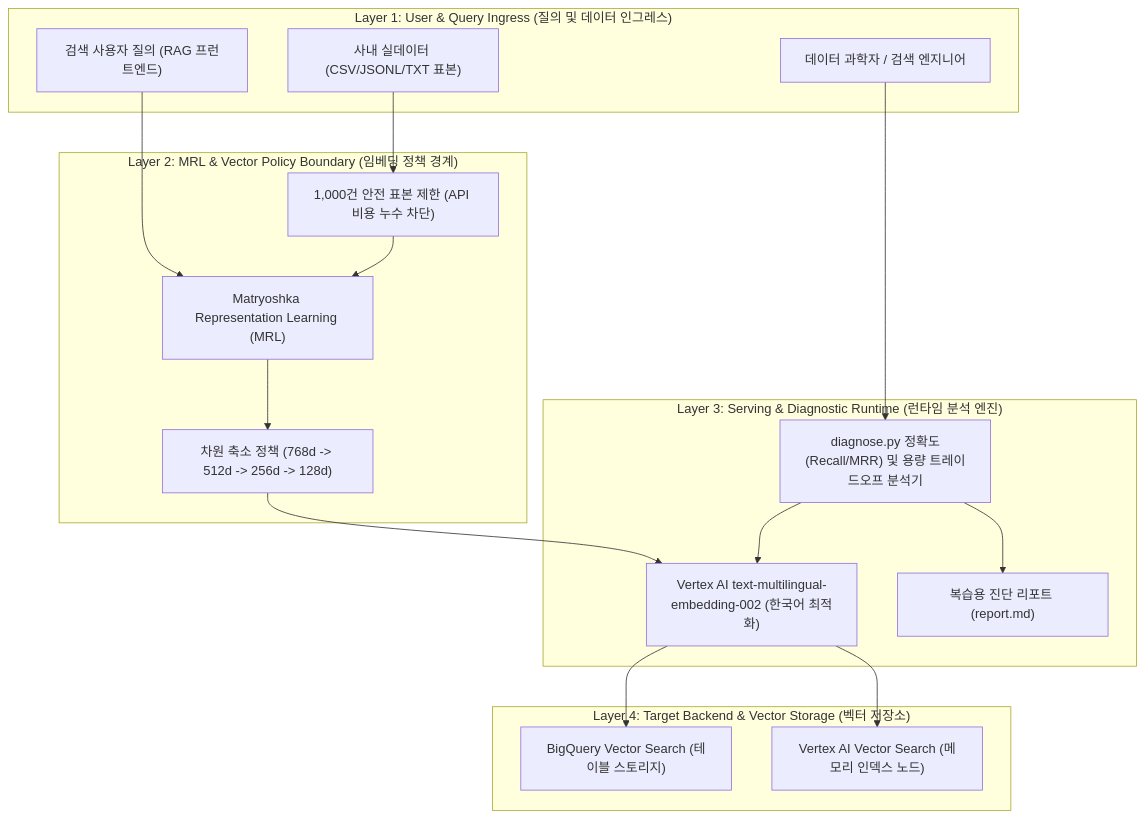
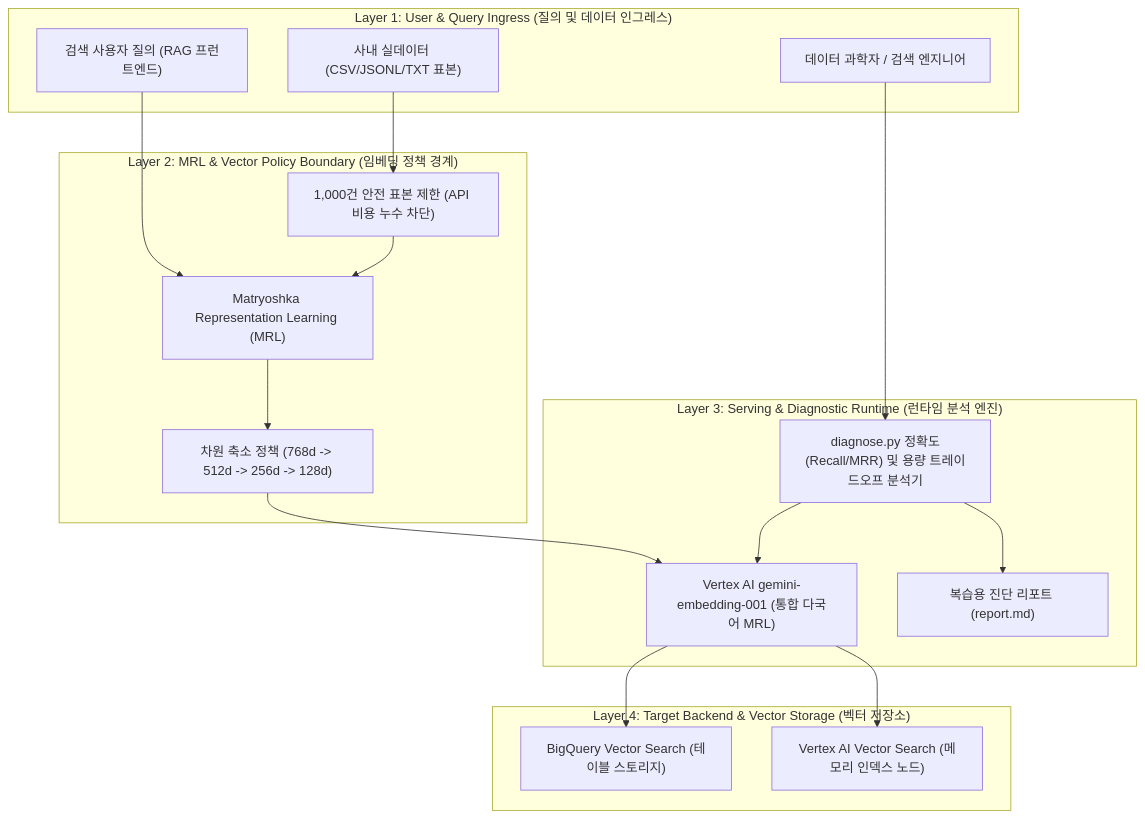
Before and after one commit to jiangjun-forge/google-cloud-0-to-1: the diagram in samples/embedding-dimension-tradeoff-analyzer/README.md, drawn with Mermaid. The commit also changed other lines of this file and 38 other files, not shown here.

````diff
--- a/samples/embedding-dimension-tradeoff-analyzer/README.md
+++ b/samples/embedding-dimension-tradeoff-analyzer/README.md
@@ -97,36 +97,36 @@
 ```mermaid
 flowchart TB
     subgraph Layer1["Layer 1: User & Query Ingress (질의 및 데이터 인그레스)"]
         UserQuery["검색 사용자 질의 (RAG 프런트엔드)"]
         DataScientist["데이터 과학자 / 검색 엔지니어"]
         SampleCorpus["사내 실데이터 (CSV/JSONL/TXT 표본)"]
     end
 
     subgraph Layer2["Layer 2: MRL & Vector Policy Boundary (임베딩 정책 경계)"]
         MRLPolicy["Matryoshka Representation Learning (MRL)"]
         DimConfig["차원 축소 정책 (768d -> 512d -> 256d -> 128d)"]
         SafetyCap["1,000건 안전 표본 제한 (API 비용 누수 차단)"]
     end
 
     subgraph Layer3["Layer 3: Serving & Diagnostic Runtime (런타임 분석 엔진)"]
-        EmbeddingModel["Vertex AI text-multilingual-embedding-002 (한국어 최적화)"]
+        EmbeddingModel["Vertex AI gemini-embedding-001 (통합 다국어 MRL)"]
         AnalyzerCLI["diagnose.py 정확도(Recall/MRR) 및 용량 트레이드오프 분석기"]
         ReportOutput["복습용 진단 리포트 (report.md)"]
     end
 
     subgraph Layer4["Layer 4: Target Backend & Vector Storage (벡터 저장소)"]
         BigQueryVector["BigQuery Vector Search (테이블 스토리지)"]
         VectorSearchIndex["Vertex AI Vector Search (메모리 인덱스 노드)"]
     end
 
     UserQuery --> MRLPolicy
     SampleCorpus --> SafetyCap
     SafetyCap --> MRLPolicy
     MRLPolicy --> DimConfig
     DimConfig --> EmbeddingModel
     EmbeddingModel --> BigQueryVector
     EmbeddingModel --> VectorSearchIndex
     DataScientist --> AnalyzerCLI
     AnalyzerCLI --> EmbeddingModel
     AnalyzerCLI --> ReportOutput
 ```
````
